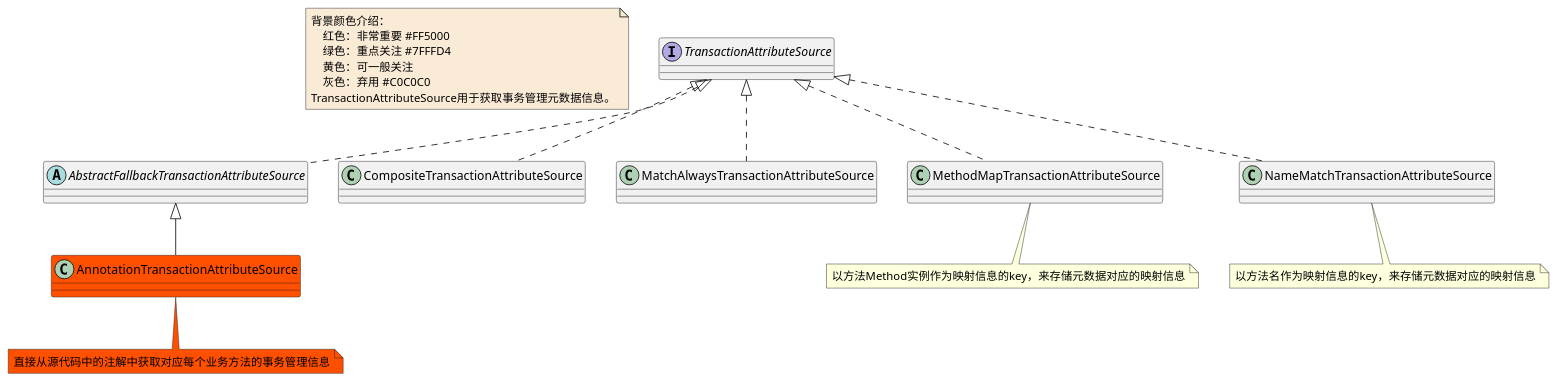
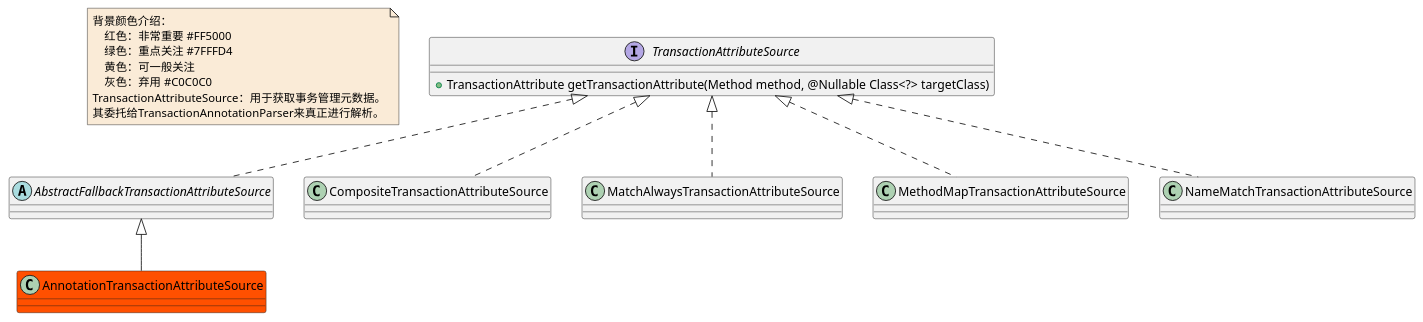
One commit to czwer/learn-spring-code changed the diagram in document/spring/data/class/Transaction-TransactionAttributeSource-class.puml. Above: the diagram before and after it, drawn with PlantUML. The commit also changed 23 other files, not shown here.

```diff
--- a/document/spring/data/class/Transaction-TransactionAttributeSource-class.puml
+++ b/document/spring/data/class/Transaction-TransactionAttributeSource-class.puml
@@ -1,34 +1,33 @@
 @startuml
 
 note  as N1 #FAEBD7
     背景颜色介绍：
         红色：非常重要 #FF5000
         绿色：重点关注 #7FFFD4
         黄色：可一般关注
         灰色：弃用 #C0C0C0
-    TransactionAttributeSource用于获取事务管理元数据信息。
+    TransactionAttributeSource：用于获取事务管理元数据。
+    其委托给TransactionAnnotationParser来真正进行解析。
 end note
 
 
 interface TransactionAttributeSource
+TransactionAttributeSource : +TransactionAttribute getTransactionAttribute(Method method, @Nullable Class<?> targetClass)
 abstract class AbstractFallbackTransactionAttributeSource
 class AnnotationTransactionAttributeSource #FF5000
-note bottom #FF5000: 直接从源代码中的注解中获取对应每个业务方法的事务管理信息
 class CompositeTransactionAttributeSource
 class MatchAlwaysTransactionAttributeSource
 class MethodMapTransactionAttributeSource
-note bottom : 以方法Method实例作为映射信息的key，来存储元数据对应的映射信息
 class NameMatchTransactionAttributeSource
-note bottom : 以方法名作为映射信息的key，来存储元数据对应的映射信息
 
 
 AbstractFallbackTransactionAttributeSource <|-- AnnotationTransactionAttributeSource
 
 TransactionAttributeSource <|.. AbstractFallbackTransactionAttributeSource
 TransactionAttributeSource <|.. CompositeTransactionAttributeSource
 TransactionAttributeSource <|.. MatchAlwaysTransactionAttributeSource
 TransactionAttributeSource <|.. MethodMapTransactionAttributeSource
 TransactionAttributeSource <|.. NameMatchTransactionAttributeSource
 
 
 @enduml
```
